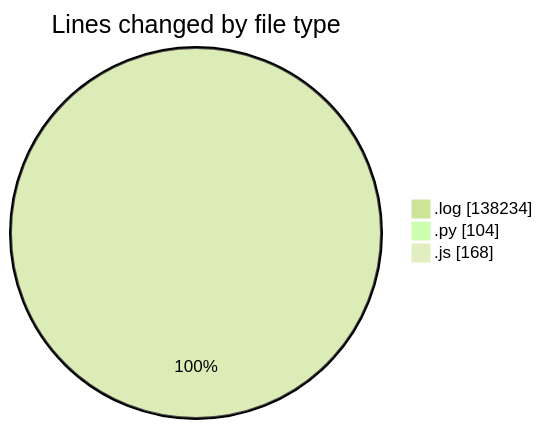
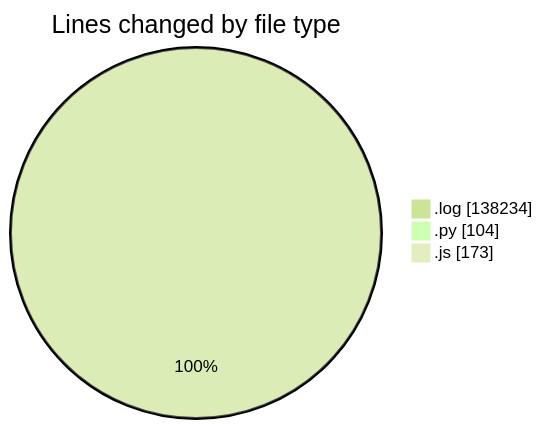
Before and after one commit to nxtqubesakshisongat/code-tracking: the first of 2 diagrams in 2025-04-10/nxtqube_webapp/README.md, drawn with Mermaid (forest theme). The commit also changed other lines of this file and 1 other file, not shown here.

````diff
--- a/2025-04-10/nxtqube_webapp/README.md
+++ b/2025-04-10/nxtqube_webapp/README.md
@@ -22,7 +22,7 @@
 ```mermaid
 pie showData
 title Lines changed by file type
 ".log" : 138234
 ".py" : 104
-".js" : 168
+".js" : 173
 ```
````
